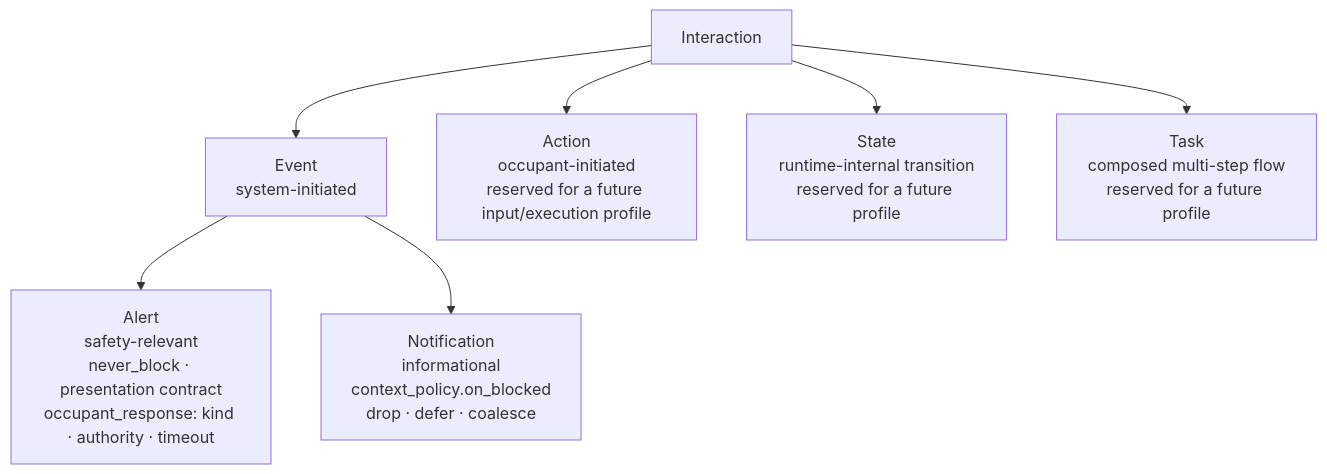
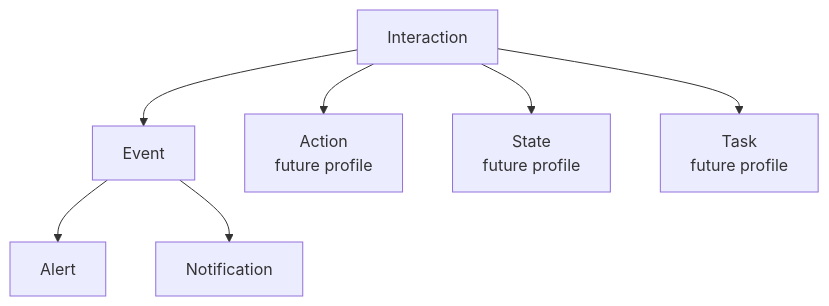
The sixth of 8 diagrams in figures/REDRAW_REFERENCE.md (yaneczech/SIA), drawn with Mermaid before and after one commit. The commit also changed other lines of this file, not shown here.

Commit message:
Split figure redraws into focused panels

````diff
--- a/figures/REDRAW_REFERENCE.md
+++ b/figures/REDRAW_REFERENCE.md
@@ -145,17 +136,17 @@
 ```mermaid
 flowchart TB
   I["Interaction"]
-  E["Event<br/>system-initiated"]
-  A["Alert<br/>safety-relevant<br/>never_block · presentation contract<br/>occupant_response: kind · authority · timeout"]
-  N["Notification<br/>informational<br/>context_policy.on_blocked<br/>drop · defer · coalesce"]
-  AC["Action<br/>occupant-initiated<br/>reserved for a future input/execution profile"]
-  S["State<br/>runtime-internal transition<br/>reserved for a future profile"]
-  T["Task<br/>composed multi-step flow<br/>reserved for a future profile"]
+  E["Event"]
+  A["Alert"]
+  N["Notification"]
+  AC["Action<br/>future profile"]
+  S["State<br/>future profile"]
+  T["Task<br/>future profile"]
 
   I --> E
   E --> A
   E --> N
   I --> AC
   I --> S
   I --> T
 ```
````
